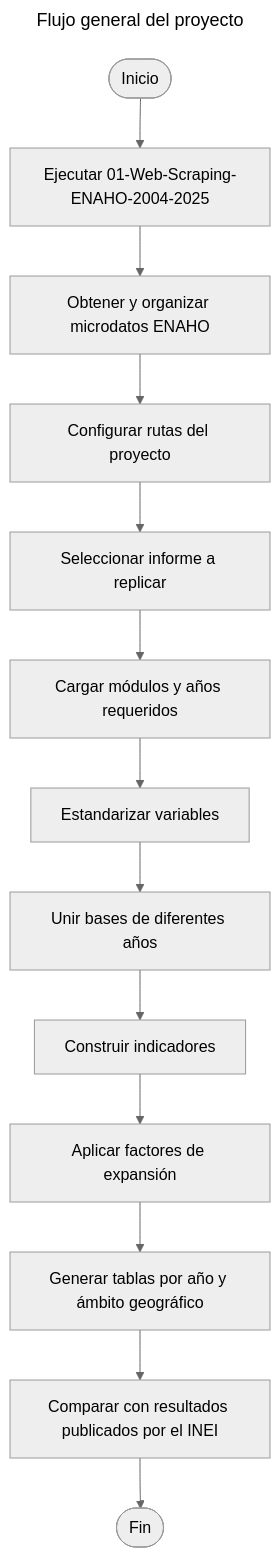
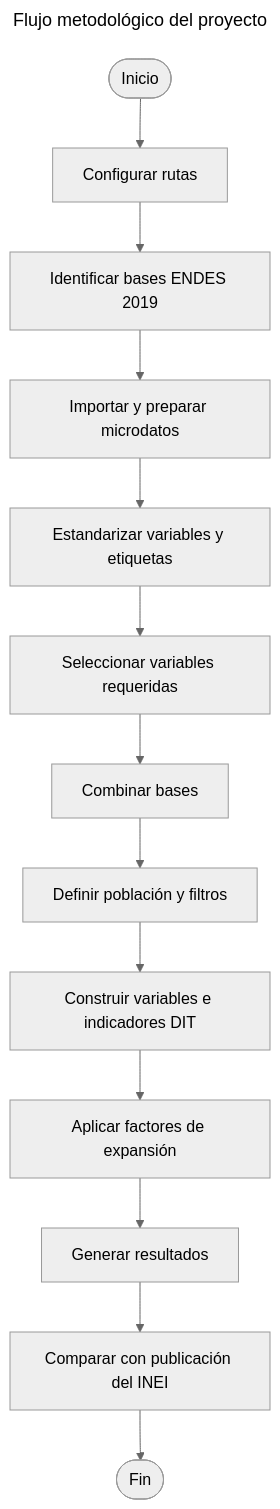
One commit to CarloEduardo/04-Construccion-de-indicadores-a-partir-de-la-ENDES changed the diagram in README.md. Above: the diagram before and after it, drawn with Mermaid (neutral theme). The commit also changed other lines of this file, not shown here.

````diff
--- a/README.md
+++ b/README.md
@@ -191,19 +167,19 @@
 ```mermaid
 ---
-title: Flujo general del proyecto
+title: Flujo metodológico del proyecto
 ---
 flowchart TD
 
-A([Inicio]) --> B[Ejecutar 01-Web-Scraping-ENAHO-2004-2025]
-B --> C[Obtener y organizar microdatos ENAHO]
-C --> D[Configurar rutas del proyecto]
-D --> E[Seleccionar informe a replicar]
-E --> F[Cargar módulos y años requeridos]
-F --> G[Estandarizar variables]
-G --> H[Unir bases de diferentes años]
-H --> I[Construir indicadores]
+A([Inicio]) --> B[Configurar rutas]
+B --> C[Identificar bases ENDES 2019]
+C --> D[Importar y preparar microdatos]
+D --> E[Estandarizar variables y etiquetas]
+E --> F[Seleccionar variables requeridas]
+F --> G[Combinar bases]
+G --> H[Definir población y filtros]
+H --> I[Construir variables e indicadores DIT]
 I --> J[Aplicar factores de expansión]
-J --> K[Generar tablas por año y ámbito geográfico]
-K --> L[Comparar con resultados publicados por el INEI]
+J --> K[Generar resultados]
+K --> L[Comparar con publicación del INEI]
 L --> M([Fin])
 ```
````
